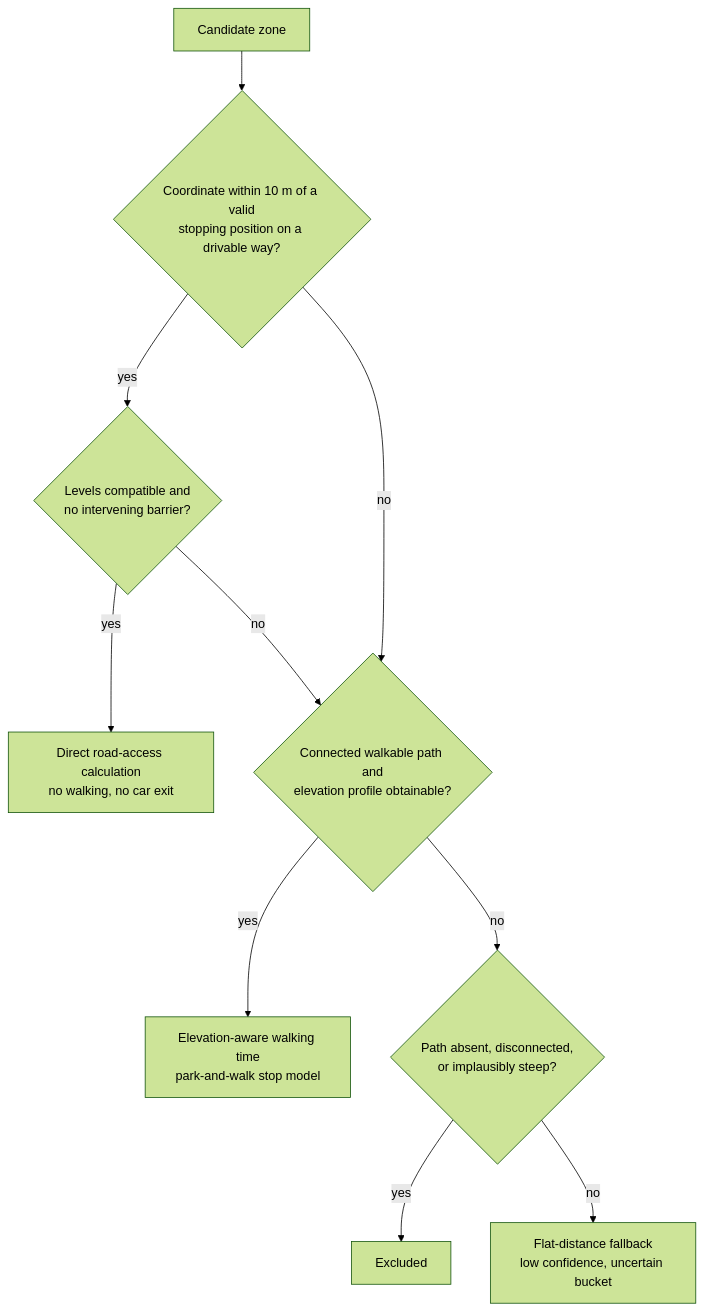
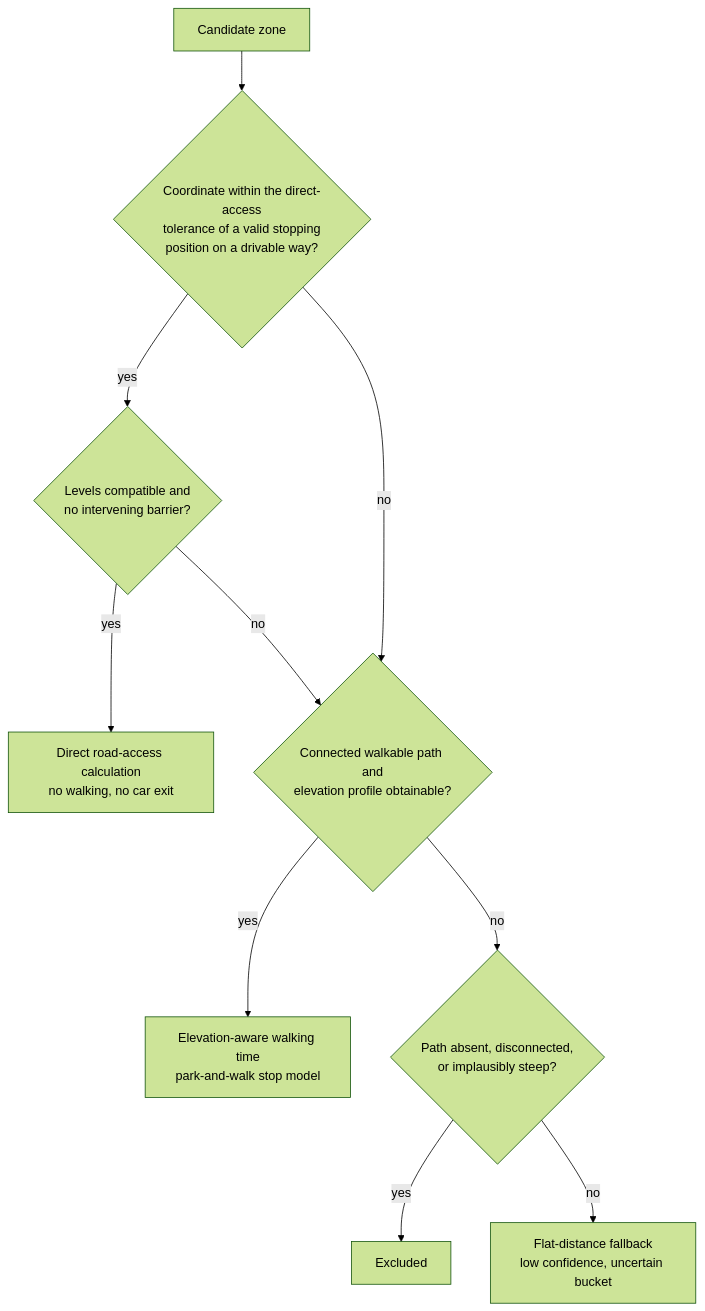
One commit to Caisesiume/TurfGPS changed the first of 2 diagrams in docs/CalculationSpecification.md. Above: the diagram before and after it, drawn with Mermaid (forest theme). The commit also changed other lines of this file and 1 other file, not shown here.

````diff
--- a/docs/CalculationSpecification.md
+++ b/docs/CalculationSpecification.md
@@ -109,12 +131,12 @@
 ```mermaid
 flowchart TD
-    A[Candidate zone] --> B{Coordinate within 10 m of a valid<br/>stopping position on a drivable way?}
+    A[Candidate zone] --> B{Coordinate within the direct-access<br/>tolerance of a valid stopping<br/>position on a drivable way?}
     B -- yes --> C{Levels compatible and<br/>no intervening barrier?}
     C -- yes --> D["Direct road-access calculation<br/>no walking, no car exit"]
     C -- no --> E
     B -- no --> E{Connected walkable path and<br/>elevation profile obtainable?}
     E -- yes --> F["Elevation-aware walking time<br/>park-and-walk stop model"]
     E -- no --> G{Path absent, disconnected,<br/>or implausibly steep?}
     G -- yes --> H[Excluded]
     G -- no --> I["Flat-distance fallback<br/>low confidence, uncertain bucket"]
 ```
````
